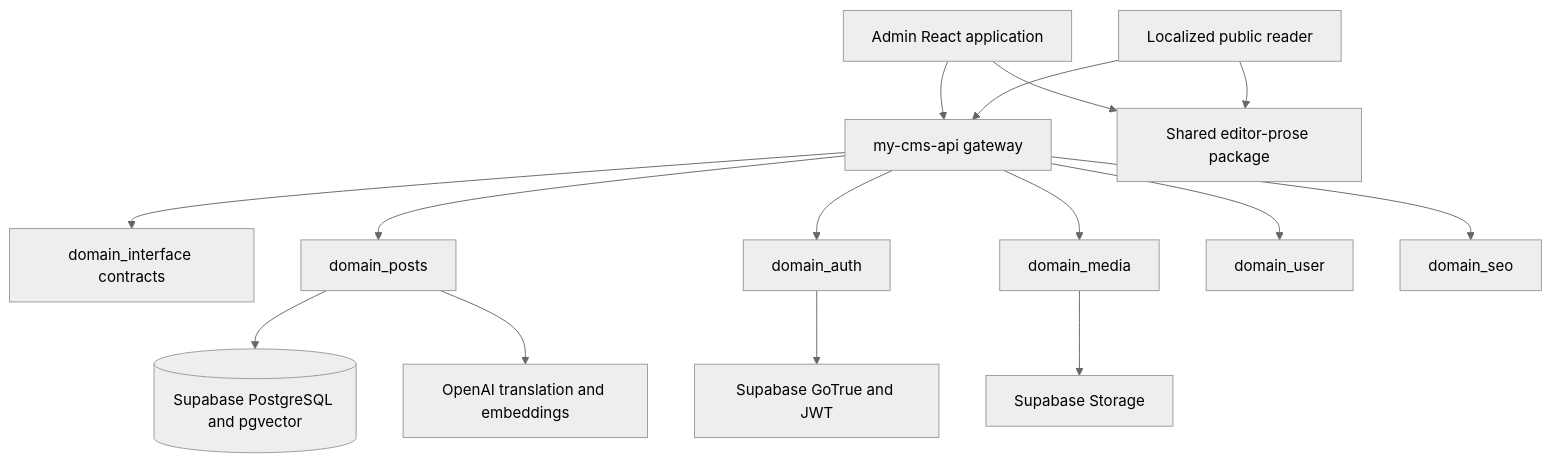
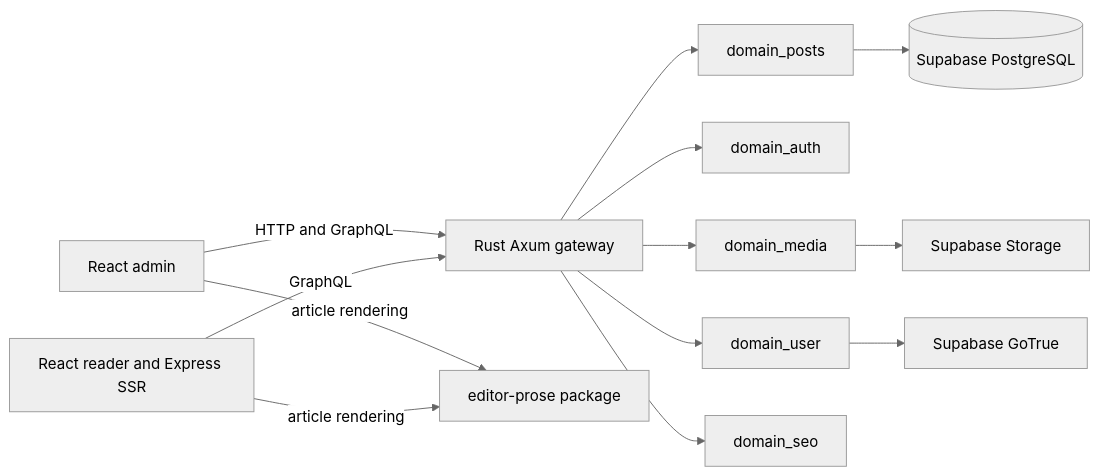
The first of 3 diagrams in aidlc/spaces/default/codekb/my-cms/architecture.md (doitsu2014/my-cms), drawn with Mermaid (neutral theme) before and after one commit. The commit also changed other lines of this file and 77 other files, not shown here.

````diff
--- a/aidlc/spaces/default/codekb/my-cms/architecture.md
+++ b/aidlc/spaces/default/codekb/my-cms/architecture.md
@@ -13,17 +12,15 @@
 ```mermaid
-flowchart TD
-  Admin[Admin React application] --> Gateway[my-cms-api gateway]
-  Reader[Localized public reader] --> Gateway
-  Admin --> Prose[Shared editor-prose package]
-  Reader --> Prose
-  Gateway --> Interface[domain_interface contracts]
+flowchart LR
+  Admin[React admin] -->|HTTP and GraphQL| Gateway[Rust Axum gateway]
+  Reader[React reader and Express SSR] -->|GraphQL| Gateway
+  Admin -->|article rendering| Prose[editor-prose package]
+  Reader -->|article rendering| Prose
   Gateway --> Posts[domain_posts]
   Gateway --> Auth[domain_auth]
   Gateway --> Media[domain_media]
   Gateway --> Users[domain_user]
   Gateway --> SEO[domain_seo]
-  Posts --> DB[(Supabase PostgreSQL and pgvector)]
-  Auth --> Identity[Supabase GoTrue and JWT]
+  Posts --> DB[(Supabase PostgreSQL)]
   Media --> Storage[Supabase Storage]
-  Posts --> AI[OpenAI translation and embeddings]
+  Users --> GoTrue[Supabase GoTrue]
 ```
````
